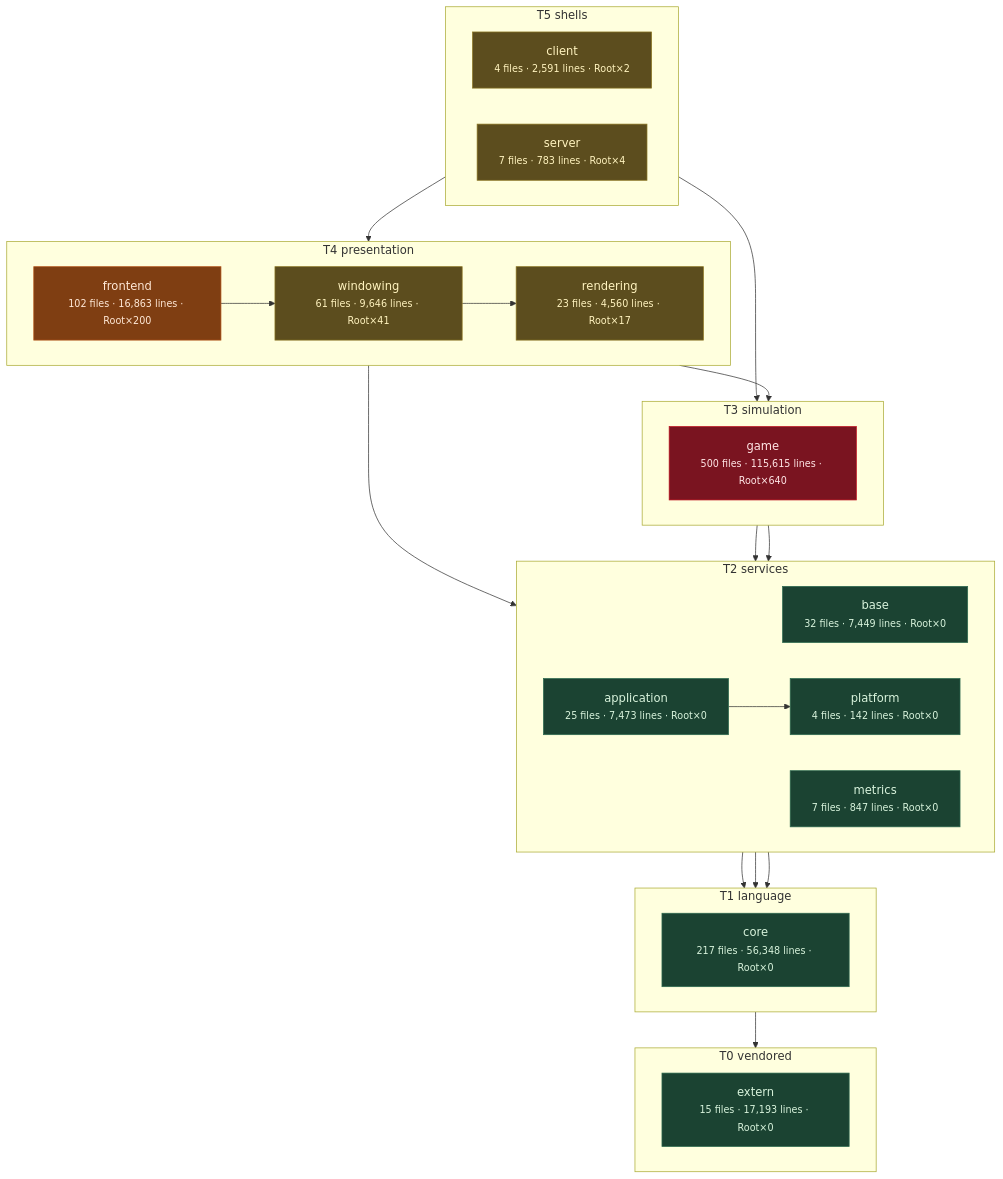
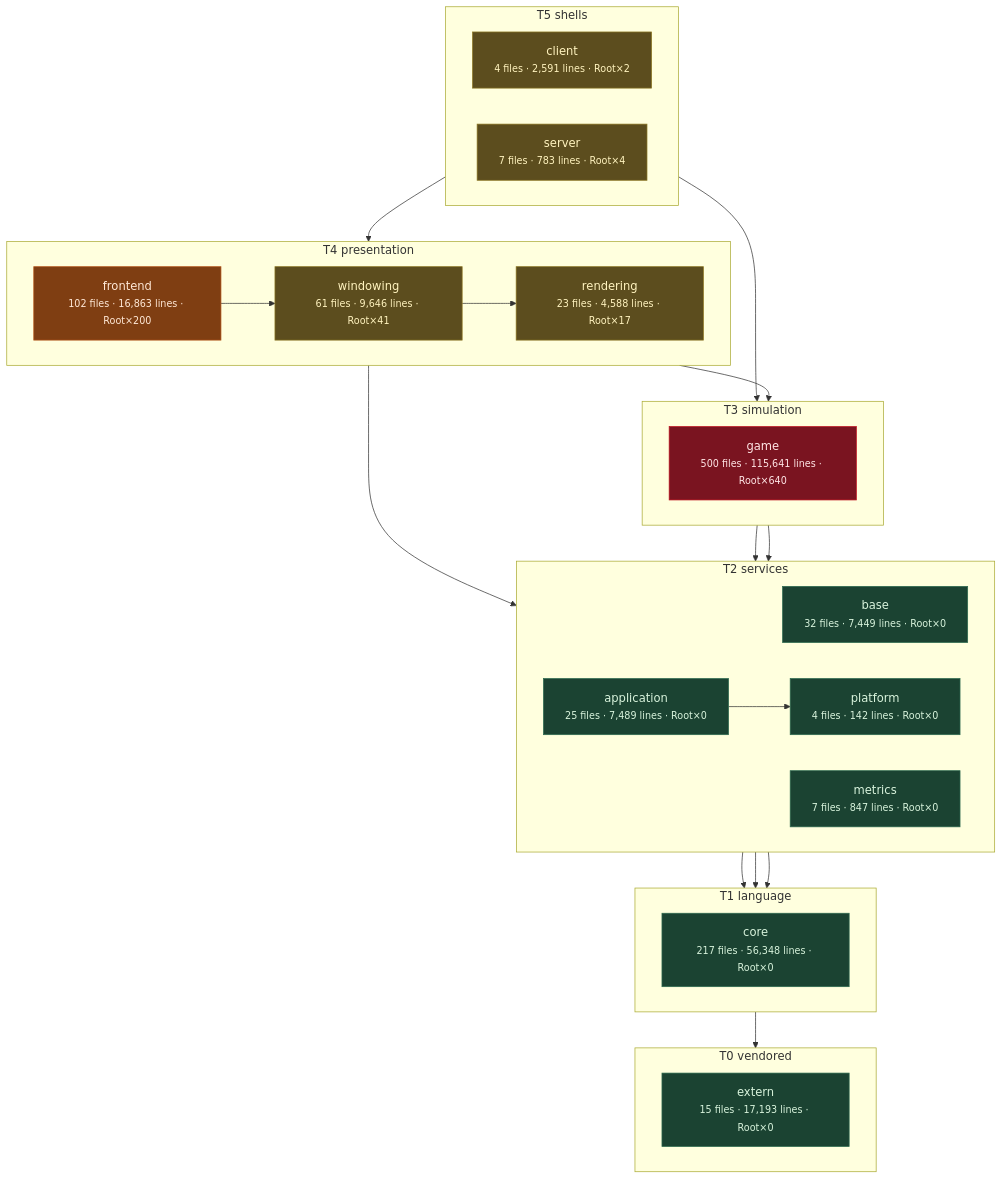
One commit to apnex/OpenStarbound changed the third of 11 diagrams in docs/architecture/system-boundaries.md. Above: the diagram before and after it, drawn with Mermaid. The commit also changed other lines of this file and 8 other files, not shown here.

````diff
--- a/docs/architecture/system-boundaries.md
+++ b/docs/architecture/system-boundaries.md
@@ -271,54 +271,54 @@
 ```mermaid
 flowchart TD
   subgraph T0["T0 vendored"]
     direction LR
     extern["extern<br/><small>15 files · 17,193 lines · Root×0</small>"]
   end
   subgraph T1["T1 language"]
     direction LR
     core["core<br/><small>217 files · 56,348 lines · Root×0</small>"]
   end
   subgraph T2["T2 services"]
     direction LR
     base["base<br/><small>32 files · 7,449 lines · Root×0</small>"]
     metrics["metrics<br/><small>7 files · 847 lines · Root×0</small>"]
     platform["platform<br/><small>4 files · 142 lines · Root×0</small>"]
-    application["application<br/><small>25 files · 7,473 lines · Root×0</small>"]
+    application["application<br/><small>25 files · 7,489 lines · Root×0</small>"]
   end
   subgraph T3["T3 simulation"]
     direction LR
-    game["game<br/><small>500 files · 115,615 lines · Root×640</small>"]
+    game["game<br/><small>500 files · 115,641 lines · Root×640</small>"]
   end
   subgraph T4["T4 presentation"]
     direction LR
-    rendering["rendering<br/><small>23 files · 4,560 lines · Root×17</small>"]
+    rendering["rendering<br/><small>23 files · 4,588 lines · Root×17</small>"]
     windowing["windowing<br/><small>61 files · 9,646 lines · Root×41</small>"]
     frontend["frontend<br/><small>102 files · 16,863 lines · Root×200</small>"]
   end
   subgraph T5["T5 shells"]
     direction LR
     client["client<br/><small>4 files · 2,591 lines · Root×2</small>"]
     server["server<br/><small>7 files · 783 lines · Root×4</small>"]
   end
   core --> extern
   base --> core
   metrics --> core
   platform --> core
   application --> platform
   game --> base
   game --> platform
   rendering --> application
   rendering --> game
   windowing --> rendering
   frontend --> windowing
   client --> frontend
   server --> game
   classDef clean fill:#1b4332,stroke:#2d6a4f,color:#d8f3dc
   classDef warm  fill:#5c4d1e,stroke:#8a7420,color:#fff3bf
   classDef hot   fill:#7f3e12,stroke:#b5561b,color:#ffe8d6
   classDef blaze fill:#7a1420,stroke:#c1121f,color:#ffe5e5
   class extern,core,base,metrics,platform,application clean
   class rendering,windowing,client,server warm
   class frontend hot
   class game blaze
 ```
````
